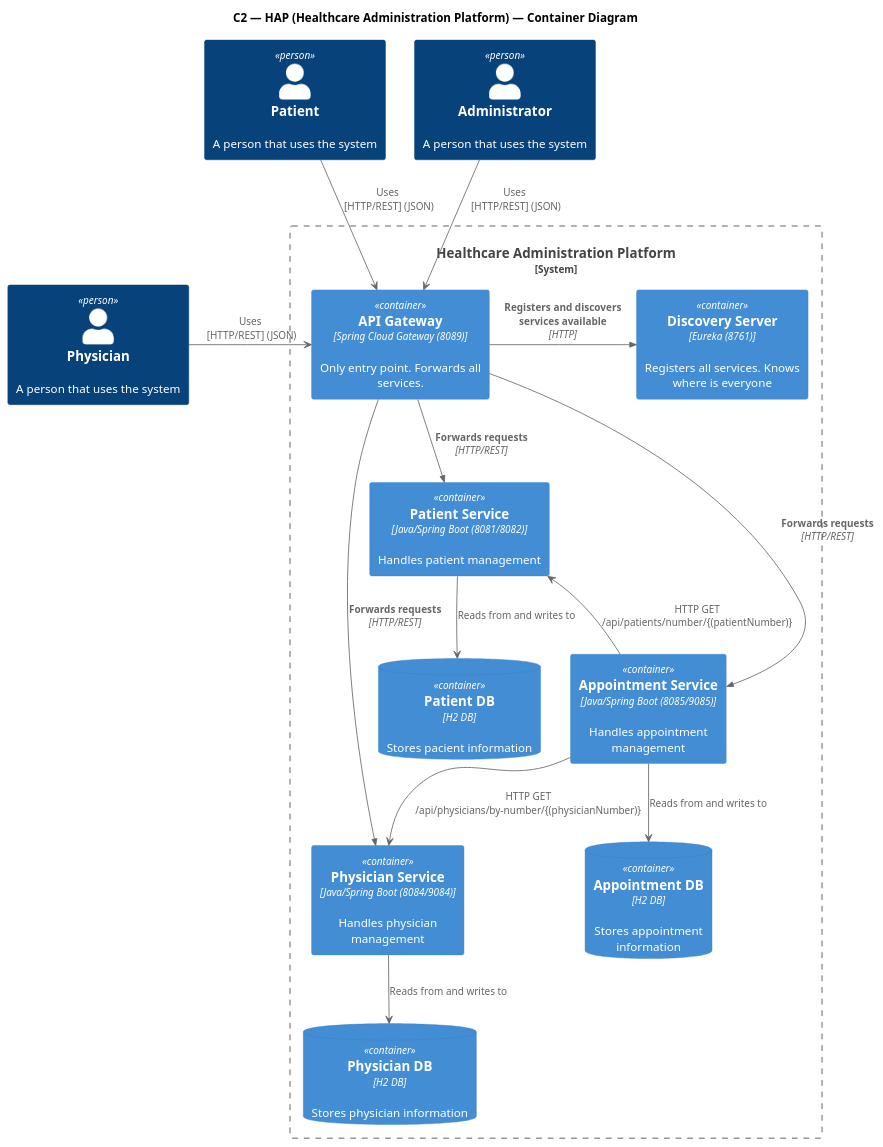
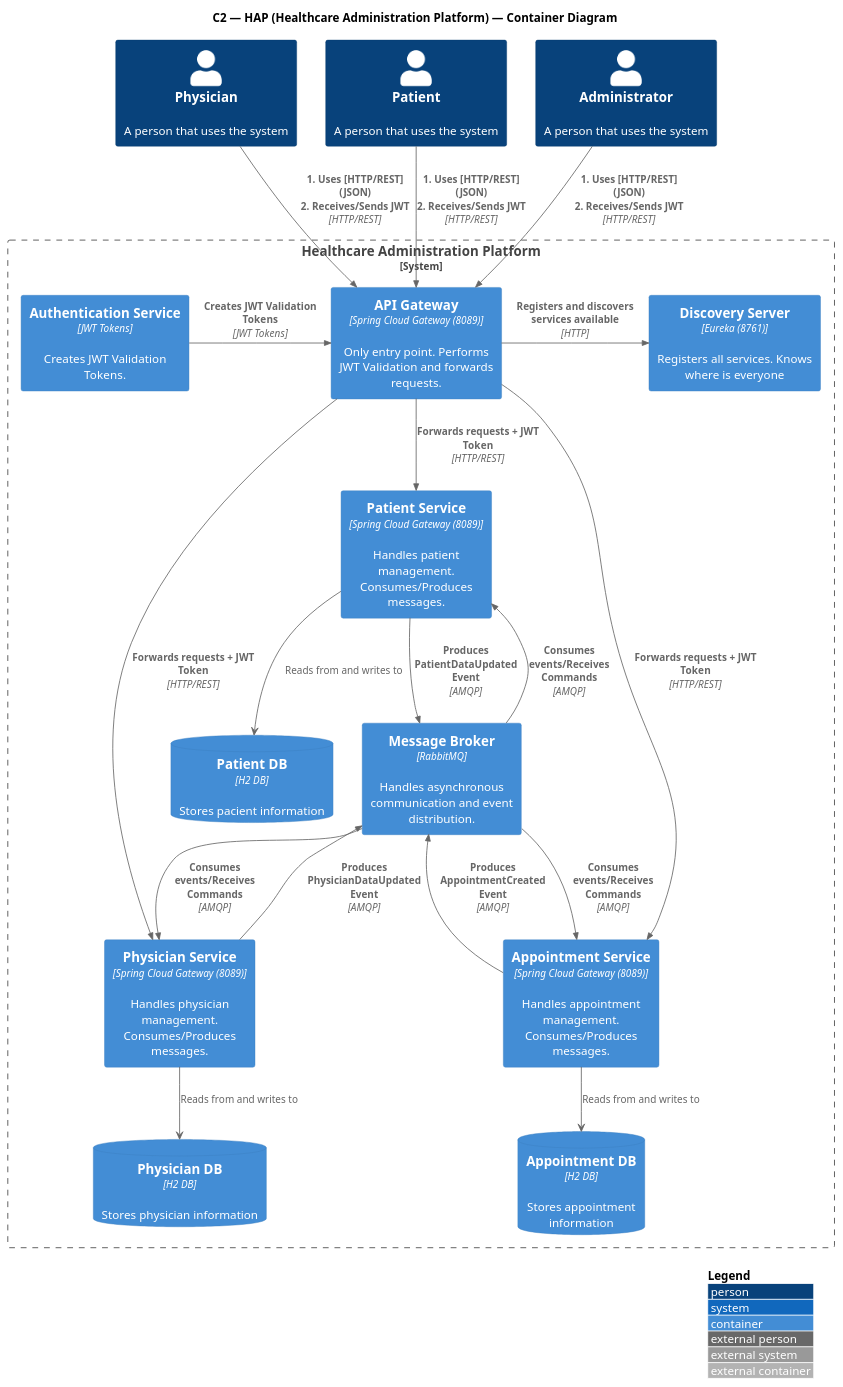
One commit to 1211104/PROJ_SIDIS2025 changed the diagram in docs/iteração2/C4/C2.puml. Above: the diagram before and after it, drawn with PlantUML. The commit also changed 3 other files, not shown here.

```diff
--- a/docs/iteração2/C4/C2.puml
+++ b/docs/iteração2/C4/C2.puml
@@ -1,55 +1,55 @@
 @startuml
 title C2 — HAP (Healthcare Administration Platform) — Container Diagram
 
 !include https://raw.githubusercontent.com/plantuml-stdlib/C4-PlantUML/master/C4_Container.puml
-
-
+LAYOUT_WITH_LEGEND()
 
 Person(physician, "Physician", "A person that uses the system")
 Person(patient, "Patient", "A person that uses the system")
 Person(admin, "Administrator", "A person that uses the system")
 
 
 skinparam shadowing false
 
 System_Boundary(hap, "Healthcare Administration Platform") {
 
-  Container(api_gw, "API Gateway", "Spring Cloud Gateway (8089)", "Only entry point. Forwards all services.")
+  Container(api_gw, "API Gateway", "Spring Cloud Gateway (8089)", "Only entry point. Performs JWT Validation and forwards requests.")
+  Container(authService, "Authentication Service", "JWT Tokens", "Creates JWT Validation Tokens.")
   Container(discovery_server, "Discovery Server", "Eureka (8761)", "Registers all services. Knows where is everyone")
+  Container(rabbitmq, "Message Broker", "RabbitMQ", "Handles asynchronous communication and event distribution.")
 
 
-  Container(physiansService, "Physician Service", "Java/Spring Boot (8084/9084)", "Handles physician management")
-  Container(patientsService, "Patient Service", "Java/Spring Boot (8081/8082)", "Handles patient management")
-  Container(appointmentService, "Appointment Service", "Java/Spring Boot (8085/9085)", "Handles appointment management")
+  Container(physiansService, "Physician Service", "Spring Cloud Gateway (8089)", "Handles physician management. Consumes/Produces messages.")
+  Container(patientsService, "Patient Service", "Spring Cloud Gateway (8089)", "Handles patient management. Consumes/Produces messages.")
+  Container(appointmentService, "Appointment Service", "Spring Cloud Gateway (8089)", "Handles appointment management. Consumes/Produces messages.")
 
 
   ContainerDb(PatientsDB, "Patient DB", "H2 DB", "Stores pacient information")
   ContainerDb(PhysiciansDB, "Physician DB", "H2 DB", "Stores physician information")
   ContainerDb(AppointmentsDB, "Appointment DB", "H2 DB", "Stores appointment information")
 
 }
 
-physician -right-> api_gw : Uses\n [HTTP/REST] (JSON)
-patient -down-> api_gw : Uses\n [HTTP/REST] (JSON)
-admin -down-> api_gw : Uses\n [HTTP/REST] (JSON)
+Rel_Down(physician, api_gw, "1. Uses [HTTP/REST] (JSON)\n2. Receives/Sends JWT", "HTTP/REST")
+Rel_Down(patient, api_gw, "1. Uses [HTTP/REST] (JSON)\n2. Receives/Sends JWT", "HTTP/REST")
+Rel_Down(admin, api_gw, "1. Uses [HTTP/REST] (JSON)\n2. Receives/Sends JWT", "HTTP/REST")
+Rel_Right(authService, api_gw, "Creates JWT Validation Tokens","JWT Tokens")
 
-
+Rel_Down(api_gw, physiansService, "Forwards requests + JWT Token", "HTTP/REST")
+Rel_Down(api_gw, patientsService, "Forwards requests + JWT Token", "HTTP/REST")
+Rel_Down(api_gw, appointmentService, "Forwards requests + JWT Token", "HTTP/REST")
 Rel_Right(api_gw, discovery_server, "Registers and discovers services available", "HTTP")
 
-' Ligações entre containers (criação de appointment valida entidades)
-appointmentService --> physiansService : HTTP GET\n/api/physicians/by-number/{(physicianNumber)}
-appointmentService -up-> patientsService      : HTTP GET\n/api/patients/number/{(patientNumber)}
+Rel(appointmentService, rabbitmq, "Produces AppointmentCreated Event", "AMQP")
+Rel(physiansService, rabbitmq, "Produces PhysicianDataUpdated Event", "AMQP")
+Rel_Right(patientsService, rabbitmq, "Produces PatientDataUpdated Event", "AMQP")
 
-' Persistência local
+Rel(rabbitmq, patientsService, "Consumes events/Receives Commands", "AMQP")
+Rel(rabbitmq, physiansService, "Consumes events/Receives Commands", "AMQP")
+Rel(rabbitmq, appointmentService, "Consumes events/Receives Commands", "AMQP")
+
 patientsService --> PatientsDB : Reads from and writes to
 physiansService --> PhysiciansDB : Reads from and writes to
 appointmentService --> AppointmentsDB : Reads from and writes to
 
-
-Rel_Down(api_gw, physiansService, "Forwards requests", "HTTP/REST")
-Rel_Down(api_gw, patientsService, "Forwards requests", "HTTP/REST")
-Rel_Down(api_gw, appointmentService, "Forwards requests", "HTTP/REST")
-
-
-
 @enduml
```
